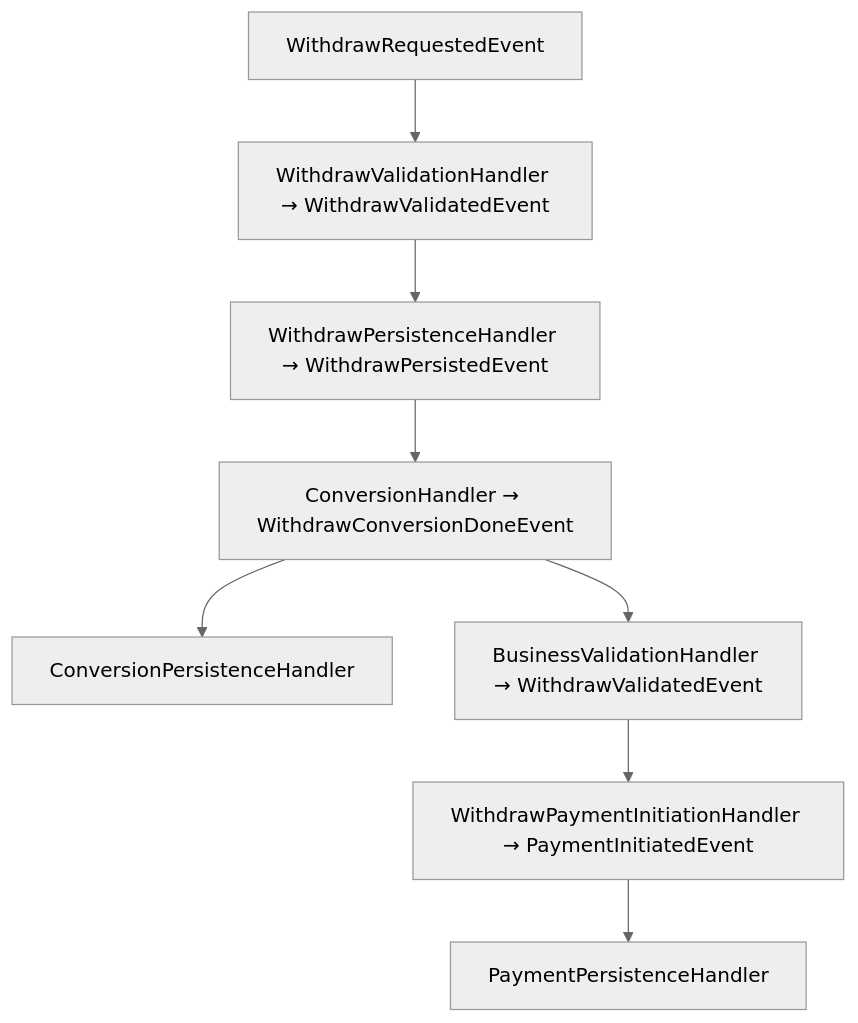
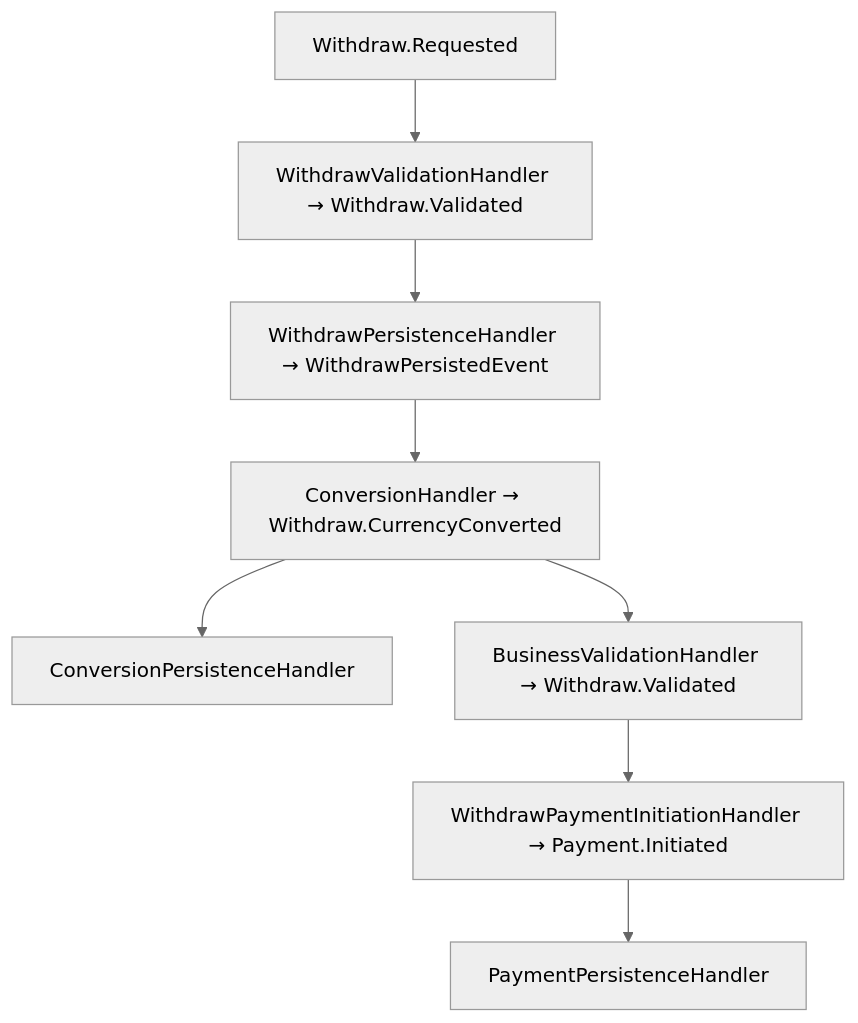
One commit to amirasaad/fintech changed the second of 3 diagrams in docs/refactoring/deposit_event_flow_refactor.md. Above: the diagram before and after it, drawn with Mermaid (neutral theme). The commit also changed other lines of this file and 11 other files, not shown here.

````diff
--- a/docs/refactoring/deposit_event_flow_refactor.md
+++ b/docs/refactoring/deposit_event_flow_refactor.md
@@ -67,10 +68,10 @@
 ```mermaid
 flowchart TD
-    A[WithdrawRequestedEvent] --> B[WithdrawValidationHandler → WithdrawValidatedEvent]
+    A[Withdraw.Requested] --> B[WithdrawValidationHandler → Withdraw.Validated]
     B --> C[WithdrawPersistenceHandler → WithdrawPersistedEvent]
-    C --> D[ConversionHandler → WithdrawConversionDoneEvent]
+    C --> D[ConversionHandler → Withdraw.CurrencyConverted]
     D --> E[ConversionPersistenceHandler]
-    D --> F[BusinessValidationHandler → WithdrawValidatedEvent]
-    F --> G[WithdrawPaymentInitiationHandler → PaymentInitiatedEvent]
+    D --> F[BusinessValidationHandler → Withdraw.Validated]
+    F --> G[WithdrawPaymentInitiationHandler → Payment.Initiated]
     G --> H[PaymentPersistenceHandler]
 ```
````
